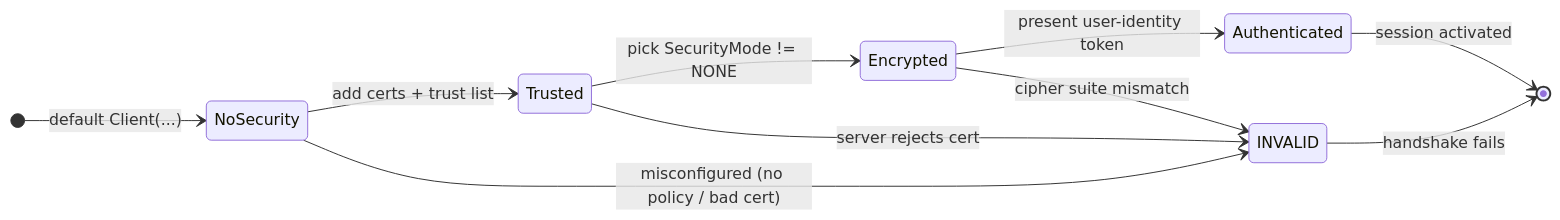
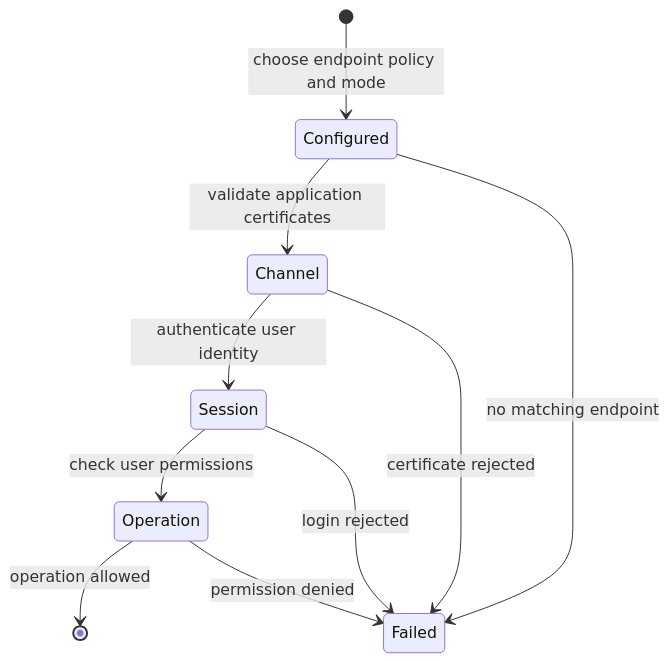
The diagram in docs/tutorials/client/300_security.md (o6-automation/o6-python-agpl), drawn with Mermaid before and after one commit. The commit also changed other lines of this file and 567 other files, not shown here.

````diff
--- a/docs/tutorials/client/300_security.md
+++ b/docs/tutorials/client/300_security.md
@@ -13,15 +19,13 @@
 ```mermaid
 stateDiagram-v2
-    direction LR
-    [*] --> NoSecurity: default Client(...)
-
-    NoSecurity --> Trusted: add certs + trust list
-    Trusted --> Encrypted: pick SecurityMode != NONE
-    Encrypted --> Authenticated: present user-identity token
-    Authenticated --> [*]: session activated
-
-    NoSecurity --> INVALID: misconfigured (no policy / bad cert)
-    Trusted --> INVALID: server rejects cert
-    Encrypted --> INVALID: cipher suite mismatch
-    INVALID --> [*]: handshake fails
+    direction TB
+    [*] --> Configured: choose endpoint policy and mode
+    Configured --> Channel: validate application certificates
+    Channel --> Session: authenticate user identity
+    Session --> Operation: check user permissions
+    Operation --> [*]: operation allowed
+    Configured --> Failed: no matching endpoint
+    Channel --> Failed: certificate rejected
+    Session --> Failed: login rejected
+    Operation --> Failed: permission denied
 ```
````
